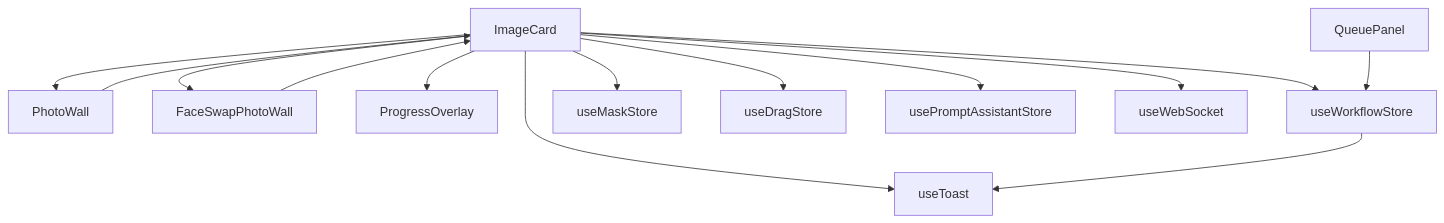
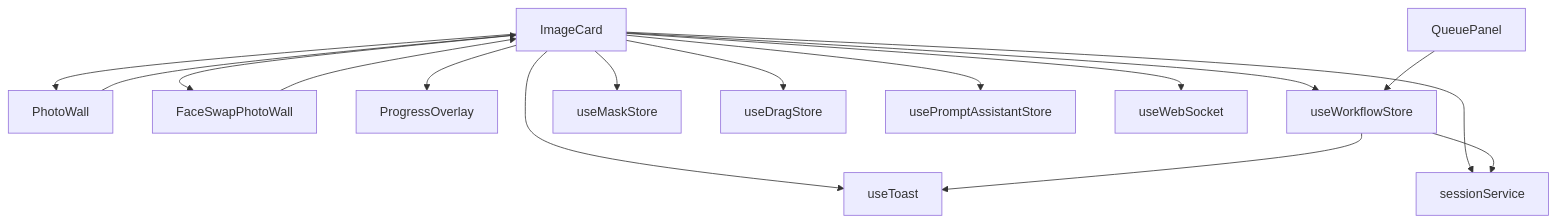
Before and after one commit to billye220670/CorineKit_Pix2Real: the eighth of 8 diagrams in .qoder/repowiki/zh/content/用户界面组件/核心界面组件/图片卡片组件 (ImageCard).md, drawn with Mermaid. The commit also changed other lines of this file and 49 other files, not shown here.

````diff
--- a/.qoder/repowiki/zh/content/用户界面组件/核心界面组件/图片卡片组件 (ImageCard).md
+++ b/.qoder/repowiki/zh/content/用户界面组件/核心界面组件/图片卡片组件 (ImageCard).md
@@ -315,16 +362,18 @@
 ```mermaid
 graph TD
 IC[ImageCard] --> PW[PhotoWall]
 IC --> FSPW[FaceSwapPhotoWall]
 IC --> PO[ProgressOverlay]
 IC --> UWS[useWorkflowStore]
 IC --> MS[useMaskStore]
 IC --> DS[useDragStore]
 IC --> PS[usePromptAssistantStore]
 IC --> WS[useWebSocket]
 IC --> TS[useToast]
+IC --> SS[sessionService]
 PW --> IC
 FSPW --> IC
 UWS --> TS
+UWS --> SS
 QP[QueuePanel] --> UWS
 ```
````
